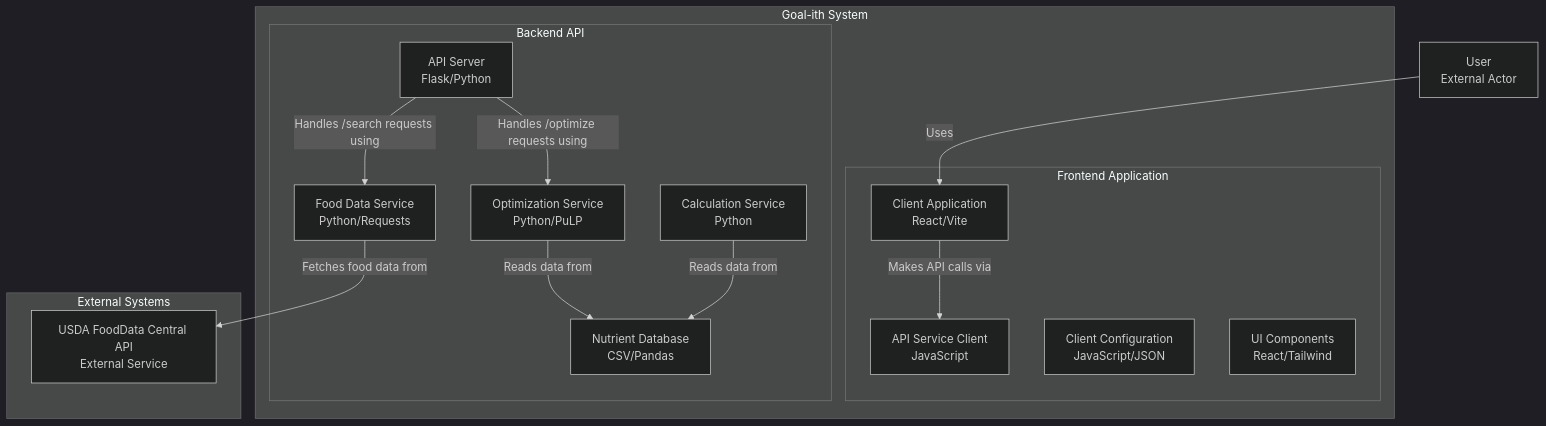
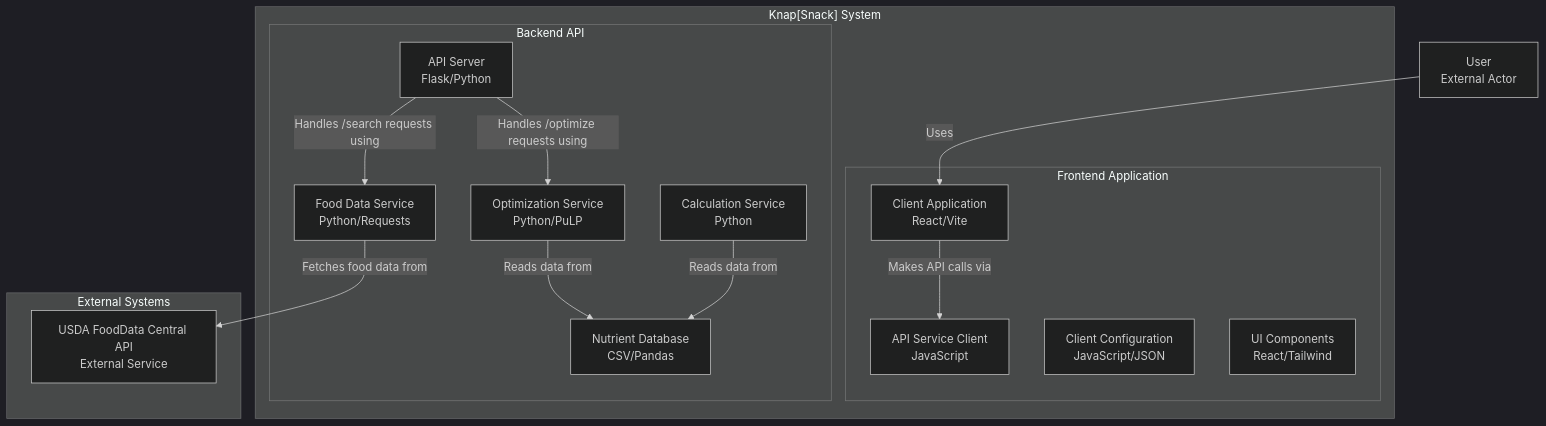
Before and after one commit to ArmaanjeetSandhu/knapsnack: the diagram in README.md, drawn with Mermaid (dark theme). The commit also changed other lines of this file and 8 other files, not shown here.

````diff
--- a/README.md
+++ b/README.md
@@ -9,32 +9,32 @@
 ```mermaid
 graph TD
     985["User<br>External Actor"]
     subgraph 981["External Systems"]
         995["USDA FoodData Central API<br>External Service"]
     end
-    subgraph 982["Goal-ith System"]
+    subgraph 982["Knap[Snack] System"]
         subgraph 983["Backend API"]
             990["API Server<br>Flask/Python"]
             991["Calculation Service<br>Python"]
             992["Optimization Service<br>Python/PuLP"]
             993["Food Data Service<br>Python/Requests"]
             994["Nutrient Database<br>CSV/Pandas"]
             %% Edges at this level (grouped by source)
             990["API Server<br>Flask/Python"] -->|Handles /optimize requests using| 992["Optimization Service<br>Python/PuLP"]
             990["API Server<br>Flask/Python"] -->|Handles /search requests using| 993["Food Data Service<br>Python/Requests"]
             991["Calculation Service<br>Python"] -->|Reads data from| 994["Nutrient Database<br>CSV/Pandas"]
             992["Optimization Service<br>Python/PuLP"] -->|Reads data from| 994["Nutrient Database<br>CSV/Pandas"]
         end
         subgraph 984["Frontend Application"]
             986["Client Application<br>React/Vite"]
             987["API Service Client<br>JavaScript"]
             988["Client Configuration<br>JavaScript/JSON"]
             989["UI Components<br>React/Tailwind"]
             %% Edges at this level (grouped by source)
             986["Client Application<br>React/Vite"] -->|Makes API calls via| 987["API Service Client<br>JavaScript"]
         end
     end
     %% Edges at this level (grouped by source)
     985["User<br>External Actor"] -->|Uses| 986["Client Application<br>React/Vite"]
     993["Food Data Service<br>Python/Requests"] -->|Fetches food data from| 995["USDA FoodData Central API<br>External Service"]
 ```
````
